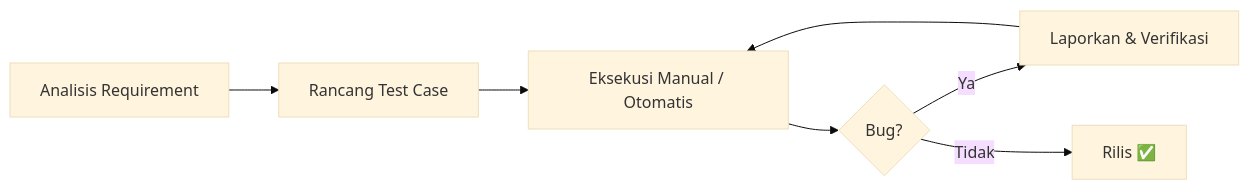
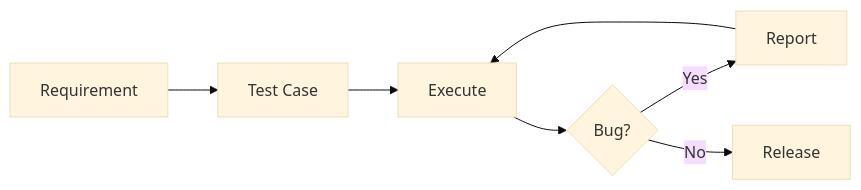
The diagram in README.md (Salmanyuris/salmanyuris), drawn with Mermaid (base theme) before and after one commit. The commit also changed other lines of this file, not shown here.

````diff
--- a/README.md
+++ b/README.md
@@ -85,9 +46,6 @@
 ```mermaid
 flowchart LR
-    A[Analisis Requirement] --> B[Rancang Test Case]
-    B --> C[Eksekusi Manual / Otomatis]
-    C --> D{Bug?}
-    D -- Ya --> E[Laporkan & Verifikasi]
-    E --> C
-    D -- Tidak --> F[Rilis ✅]
+    A[Requirement] --> B[Test Case] --> C[Execute] --> D{Bug?}
+    D -- Yes --> E[Report] --> C
+    D -- No --> F[Release]
 ```
````
